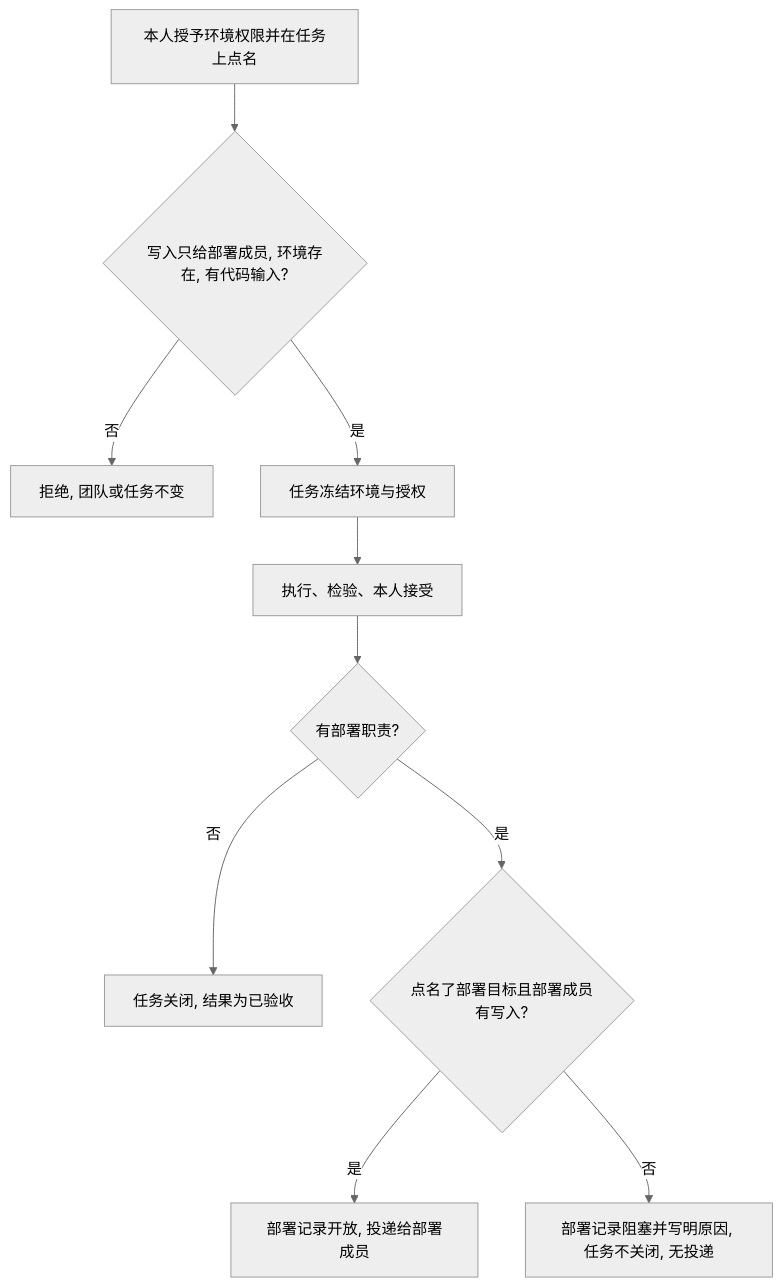
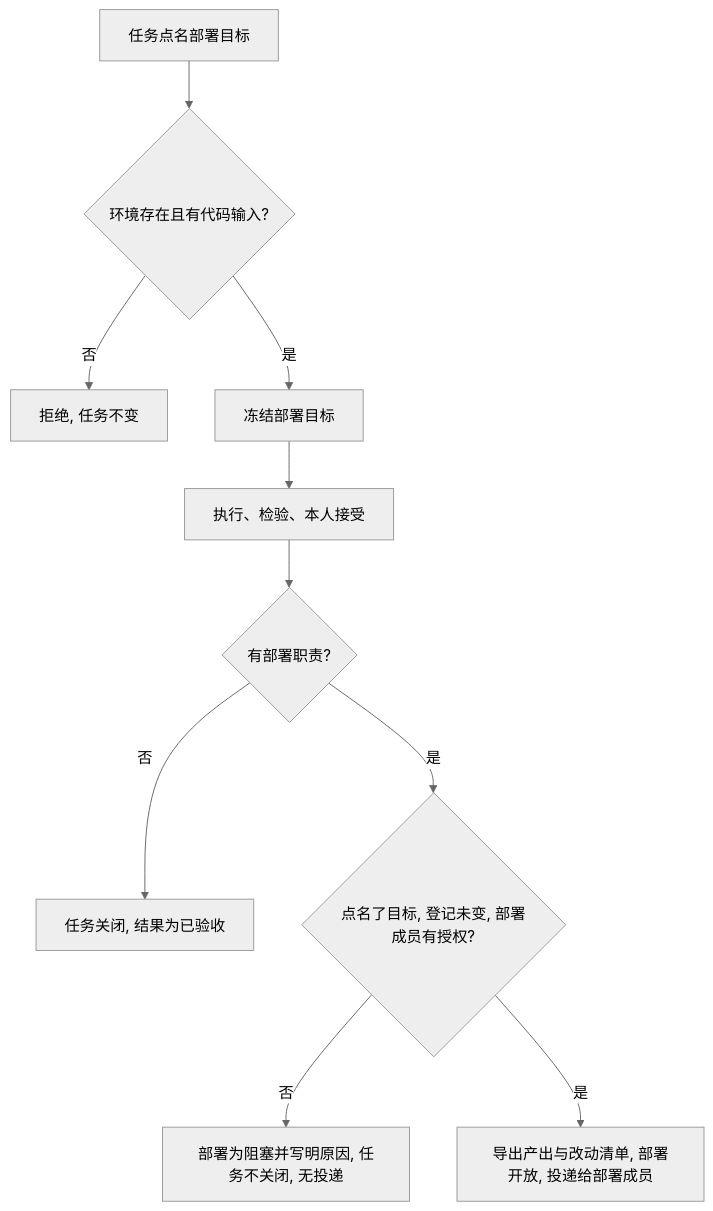
The third of 5 diagrams in docs/design/22-host-environment-deploy/product.md (xforce-io/atelier), drawn with Mermaid (neutral theme) before and after one commit. The commit also changed other lines of this file and 2 other files, not shown here.

````diff
--- a/docs/design/22-host-environment-deploy/product.md
+++ b/docs/design/22-host-environment-deploy/product.md
@@ -181,12 +207,12 @@
 ```mermaid
 flowchart TD
-    A[本人授予环境权限并在任务上点名] --> B{写入只给部署成员, 环境存在, 有代码输入?}
-    B -->|否| C[拒绝, 团队或任务不变]
-    B -->|是| D[任务冻结环境与授权]
+    A[任务点名部署目标] --> B{环境存在且有代码输入?}
+    B -->|否| C[拒绝, 任务不变]
+    B -->|是| D[冻结部署目标]
     D --> E[执行、检验、本人接受]
     E --> F{有部署职责?}
     F -->|否| G[任务关闭, 结果为已验收]
-    F -->|是| H{点名了部署目标且部署成员有写入?}
-    H -->|是| I[部署记录开放, 投递给部署成员]
-    H -->|否| J[部署记录阻塞并写明原因, 任务不关闭, 无投递]
+    F -->|是| H{点名了目标, 登记未变, 部署成员有授权?}
+    H -->|否| I[部署为阻塞并写明原因, 任务不关闭, 无投递]
+    H -->|是| J[导出产出与改动清单, 部署开放, 投递给部署成员]
 ```
````
